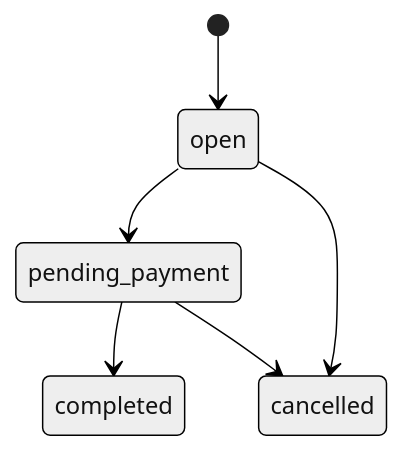
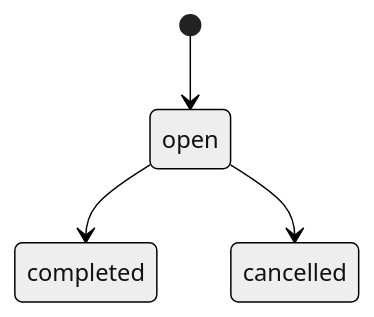
One commit to F-C-Corp/docs changed the diagram in pos-operation-ingestion.mdx. Above: the diagram before and after it, drawn with Mermaid (neutral theme). The commit also changed other lines of this file and 4 other files, not shown here.

Commit message:
remove pending_payment

````diff
--- a/pos-operation-ingestion.mdx
+++ b/pos-operation-ingestion.mdx
@@ -14,8 +14,6 @@
 ```mermaid
 stateDiagram-v2
     [*] --> open
-    open --> pending_payment
-    pending_payment --> completed
+    open --> completed
     open --> cancelled
-    pending_payment --> cancelled
 ```
````
